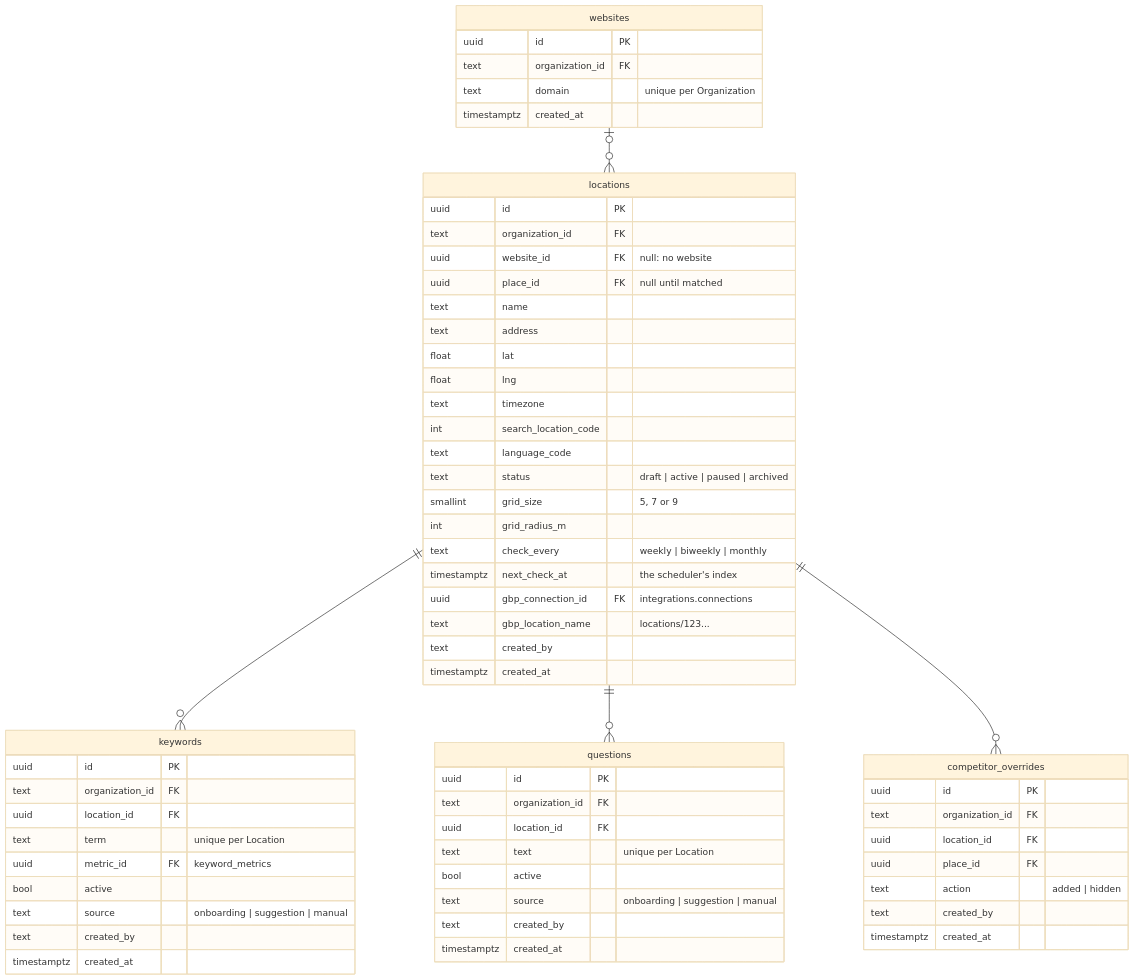
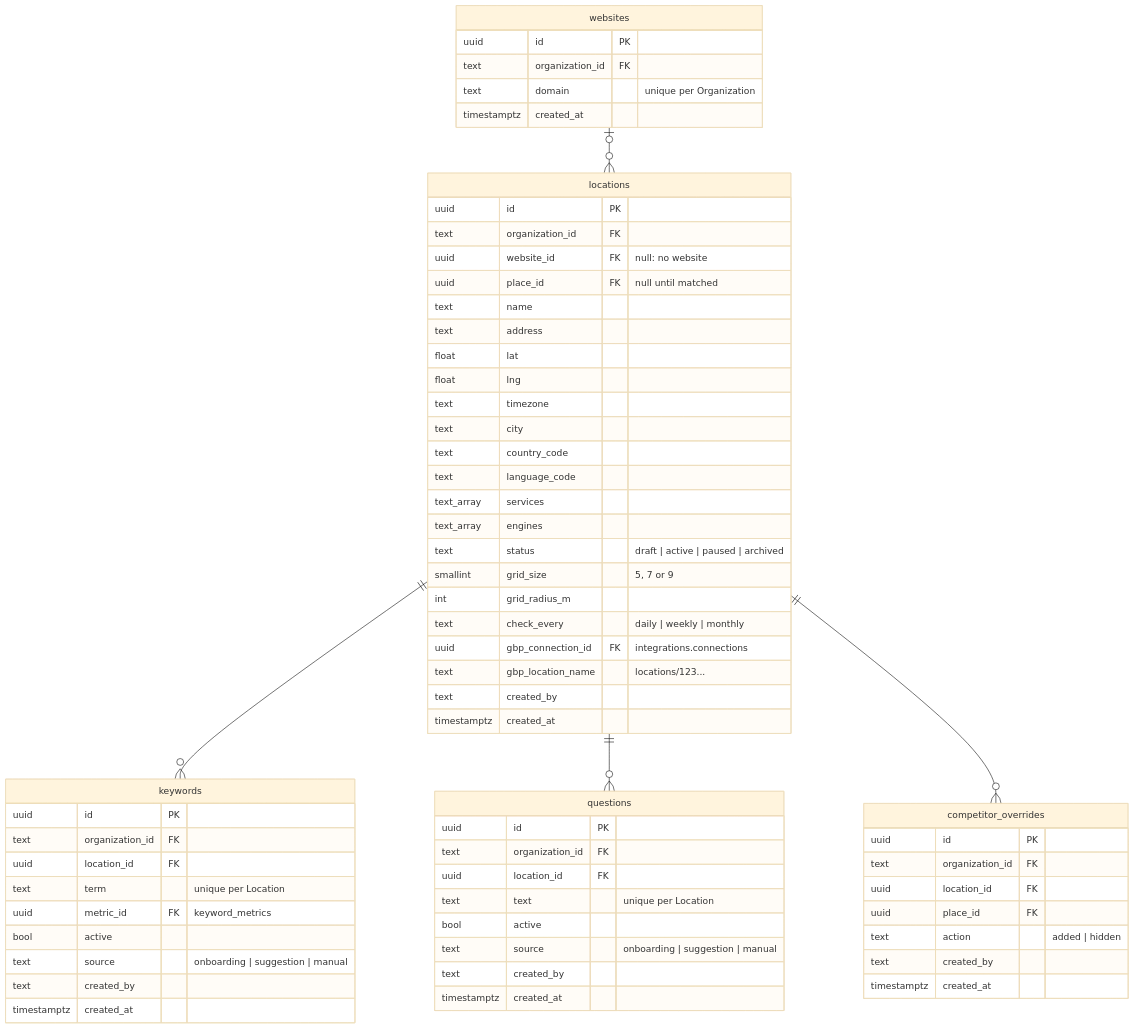
Before and after one commit to azizali/openmarko: the third of 9 diagrams in docs/features/seo/data-model.md, drawn with Mermaid (base theme). The commit also changed other lines of this file and 54 other files, not shown here.

````diff
--- a/docs/features/seo/data-model.md
+++ b/docs/features/seo/data-model.md
@@ -126,66 +137,68 @@
 ```mermaid
 erDiagram
     websites |o--o{ locations : ""
     locations ||--o{ keywords : ""
     locations ||--o{ questions : ""
     locations ||--o{ competitor_overrides : ""
 
     websites {
         uuid id PK
         text organization_id FK
         text domain "unique per Organization"
         timestamptz created_at
     }
     locations {
         uuid id PK
         text organization_id FK
         uuid website_id FK "null: no website"
         uuid place_id FK "null until matched"
         text name
         text address
         float lat
         float lng
         text timezone
-        int search_location_code
+        text city
+        text country_code
         text language_code
+        text_array services
+        text_array engines
         text status "draft | active | paused | archived"
         smallint grid_size "5, 7 or 9"
         int grid_radius_m
-        text check_every "weekly | biweekly | monthly"
-        timestamptz next_check_at "the scheduler's index"
+        text check_every "daily | weekly | monthly"
         uuid gbp_connection_id FK "integrations.connections"
         text gbp_location_name "locations/123..."
         text created_by
         timestamptz created_at
     }
     keywords {
         uuid id PK
         text organization_id FK
         uuid location_id FK
         text term "unique per Location"
         uuid metric_id FK "keyword_metrics"
         bool active
         text source "onboarding | suggestion | manual"
         text created_by
         timestamptz created_at
     }
     questions {
         uuid id PK
         text organization_id FK
         uuid location_id FK
         text text "unique per Location"
         bool active
         text source "onboarding | suggestion | manual"
         text created_by
         timestamptz created_at
     }
     competitor_overrides {
         uuid id PK
         text organization_id FK
         uuid location_id FK
         uuid place_id FK
         text action "added | hidden"
         text created_by
         timestamptz created_at
     }
 ```
````
